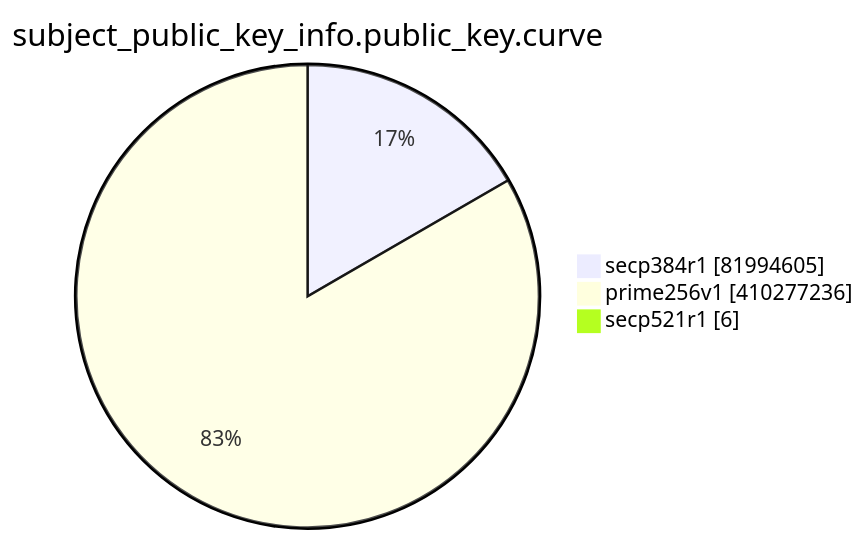
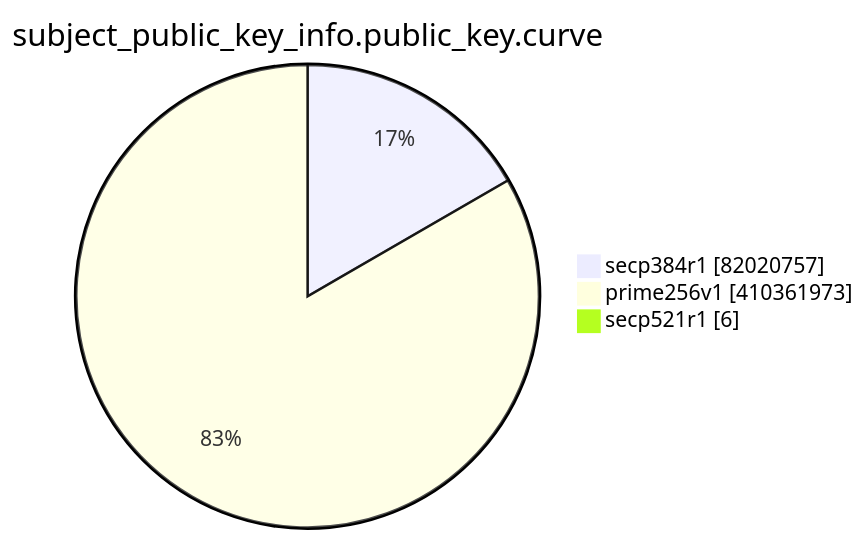
One commit to christiankrug/ctmonitor_visualization changed the eighth of 15 diagrams in TOTAL/README.md. Above: the diagram before and after it, drawn with Mermaid. The commit also changed other lines of this file, not shown here.

````diff
--- a/TOTAL/README.md
+++ b/TOTAL/README.md
@@ -3096,7 +3096,7 @@
 ```mermaid
 pie showData
 title subject_public_key_info.public_key.curve
-"secp384r1" :81994605
-"prime256v1" :410277236
+"secp384r1" :82020757
+"prime256v1" :410361973
 "secp521r1" :6
 ```
````
